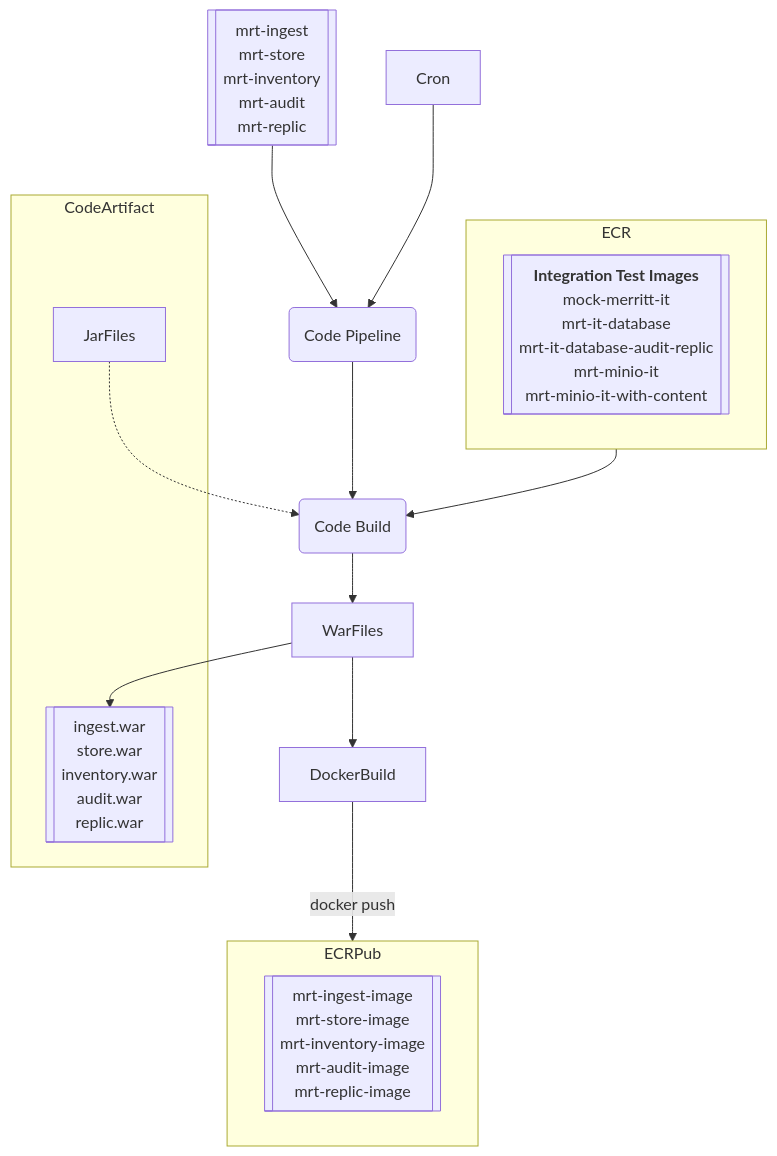
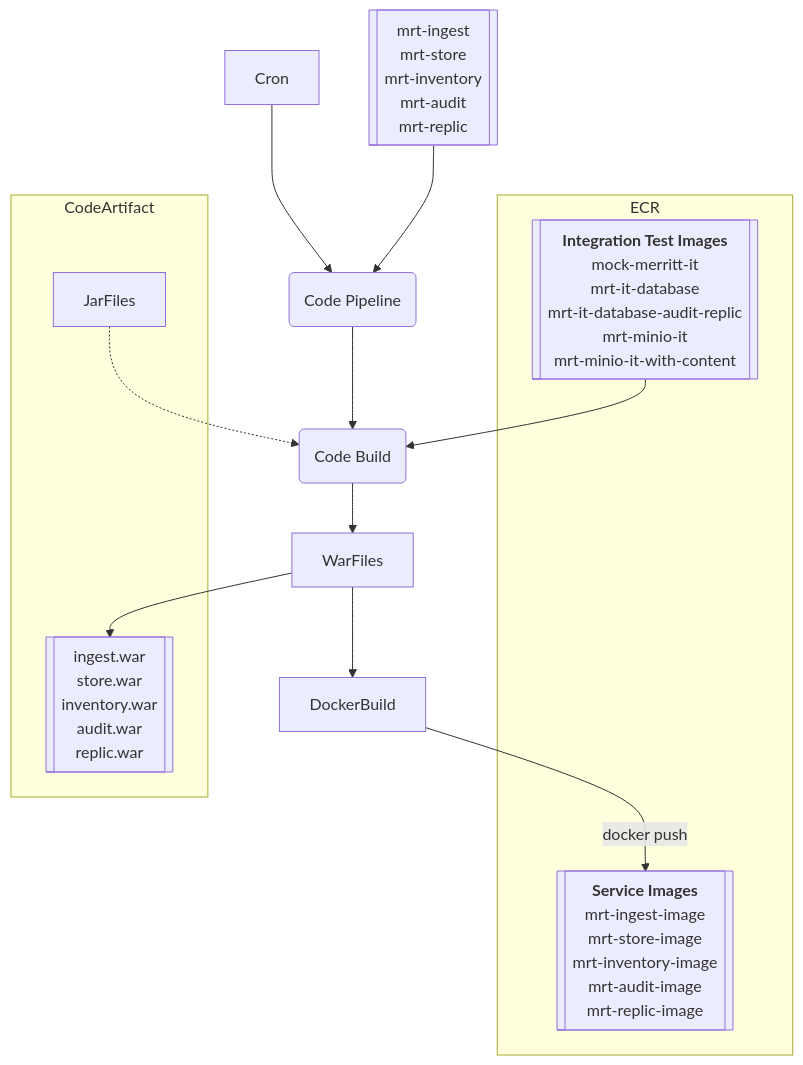
One commit to CDLUC3/mrt-doc changed the third of 11 diagrams in design/aws-build/README.md. Above: the diagram before and after it, drawn with Mermaid.

````diff
--- a/design/aws-build/README.md
+++ b/design/aws-build/README.md
@@ -106,49 +106,47 @@
 ```mermaid
 graph TD
   GitHub[["`
     mrt-ingest
     mrt-store
     mrt-inventory
     mrt-audit
     mrt-replic
   `"]]
   GitHub --> Pipeline
   Cron --> Pipeline
   Pipeline(Code Pipeline)
   Pipeline --> Build
   Build(Code Build)
-  ECR --> Build
+  Img --> Build
   Build --> WarFiles
   WarFiles --> DockerBuild
-  DockerBuild --> |docker push| ECRPub
+  DockerBuild --> |docker push| ImgSrv
   subgraph ECR
     Img[["`**Integration Test Images**
       mock-merritt-it
       mrt-it-database
       mrt-it-database-audit-replic
       mrt-minio-it
       mrt-minio-it-with-content
+    `"]]
+    ImgSrv[["`**Service Images**
+      mrt-ingest-image
+      mrt-store-image
+      mrt-inventory-image
+      mrt-audit-image
+      mrt-replic-image
     `"]]
   end
   subgraph CodeArtifact
     JarFiles
     WarFilesArtifact[["`
       ingest.war
       store.war
       inventory.war
       audit.war
       replic.war
     `"]]
   end
   WarFiles --> WarFilesArtifact
   JarFiles -.-> Build
-  subgraph ECRPub
-    IntegrationTestImages[["`
-      mrt-ingest-image
-      mrt-store-image
-      mrt-inventory-image
-      mrt-audit-image
-      mrt-replic-image
-    `"]]
-  end
 ```
````
